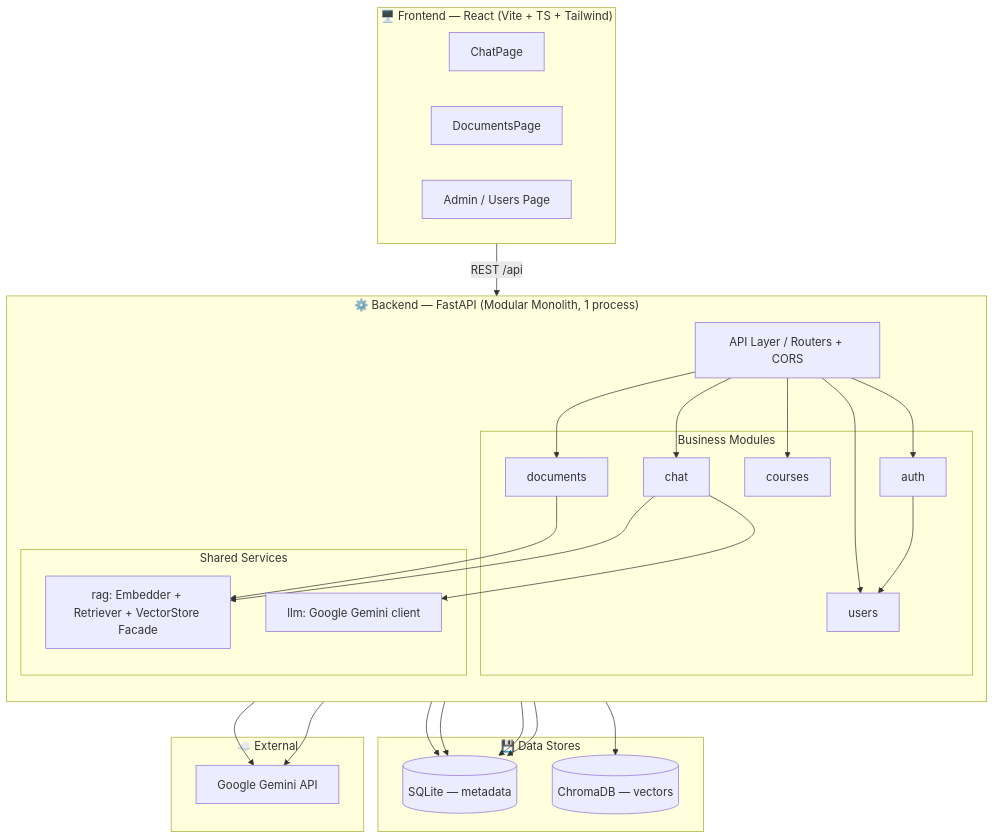
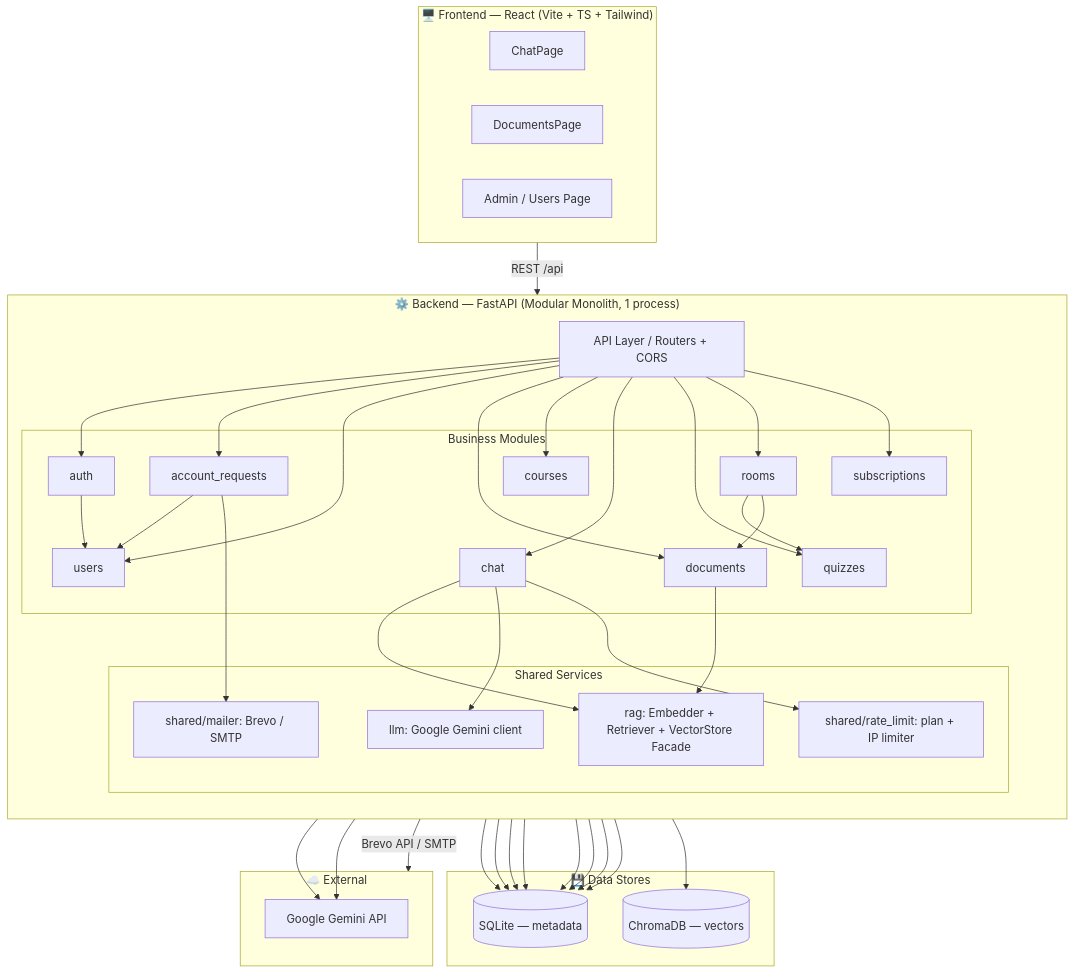
The seventh of 13 diagrams in docs/DESIGN.md (Scobydoo1/swd), drawn with Mermaid before and after one commit. The commit also changed other lines of this file and 2 other files, not shown here.

First line of the commit message:
feat(account-requests): email báo Admin khi có yêu cầu tài khoản mới + cập nhật DESIGN

````diff
--- a/docs/DESIGN.md
+++ b/docs/DESIGN.md
@@ -374,49 +394,65 @@
 ```mermaid
 graph TB
     subgraph Client["🖥️ Frontend — React (Vite + TS + Tailwind)"]
         CP[ChatPage]
         DP[DocumentsPage]
         AP[Admin / Users Page]
     end
 
     subgraph Backend["⚙️ Backend — FastAPI (Modular Monolith, 1 process)"]
         direction TB
         API[API Layer / Routers + CORS]
 
         subgraph Modules["Business Modules"]
             AUTH[auth]
+            ACCRQ[account_requests]
             USERS[users]
             DOCS[documents]
             COURSES[courses]
             CHAT[chat]
+            QUIZ[quizzes]
+            ROOMS[rooms]
+            SUBS[subscriptions]
         end
 
         subgraph Shared["Shared Services"]
             RAG[rag: Embedder + Retriever + VectorStore Facade]
             LLMW[llm: Google Gemini client]
+            MAILER[shared/mailer: Brevo / SMTP]
+            RATELIMIT[shared/rate_limit: plan + IP limiter]
         end
     end
 
     subgraph Data["💾 Data Stores"]
         SQLITE[(SQLite — metadata)]
         CHROMA[(ChromaDB — vectors)]
     end
 
     subgraph External["☁️ External"]
         GEMINI[Google Gemini API]
     end
 
     Client -->|REST /api| API
-    API --> AUTH & USERS & DOCS & COURSES & CHAT
+    API --> AUTH & ACCRQ & USERS & DOCS & COURSES & CHAT & QUIZ & ROOMS & SUBS
     DOCS --> RAG
     CHAT --> RAG
     CHAT --> LLMW
+    CHAT --> RATELIMIT
     AUTH --> USERS
+    ACCRQ --> USERS
+    ACCRQ --> MAILER
+    ROOMS --> QUIZ
+    ROOMS --> DOCS
     DOCS --> SQLITE
     USERS --> SQLITE
     COURSES --> SQLITE
     CHAT --> SQLITE
+    QUIZ --> SQLITE
+    ROOMS --> SQLITE
+    SUBS --> SQLITE
+    ACCRQ --> SQLITE
     RAG --> CHROMA
     RAG --> GEMINI
     LLMW --> GEMINI
+    MAILER -->|Brevo API / SMTP| External
 ```
````
